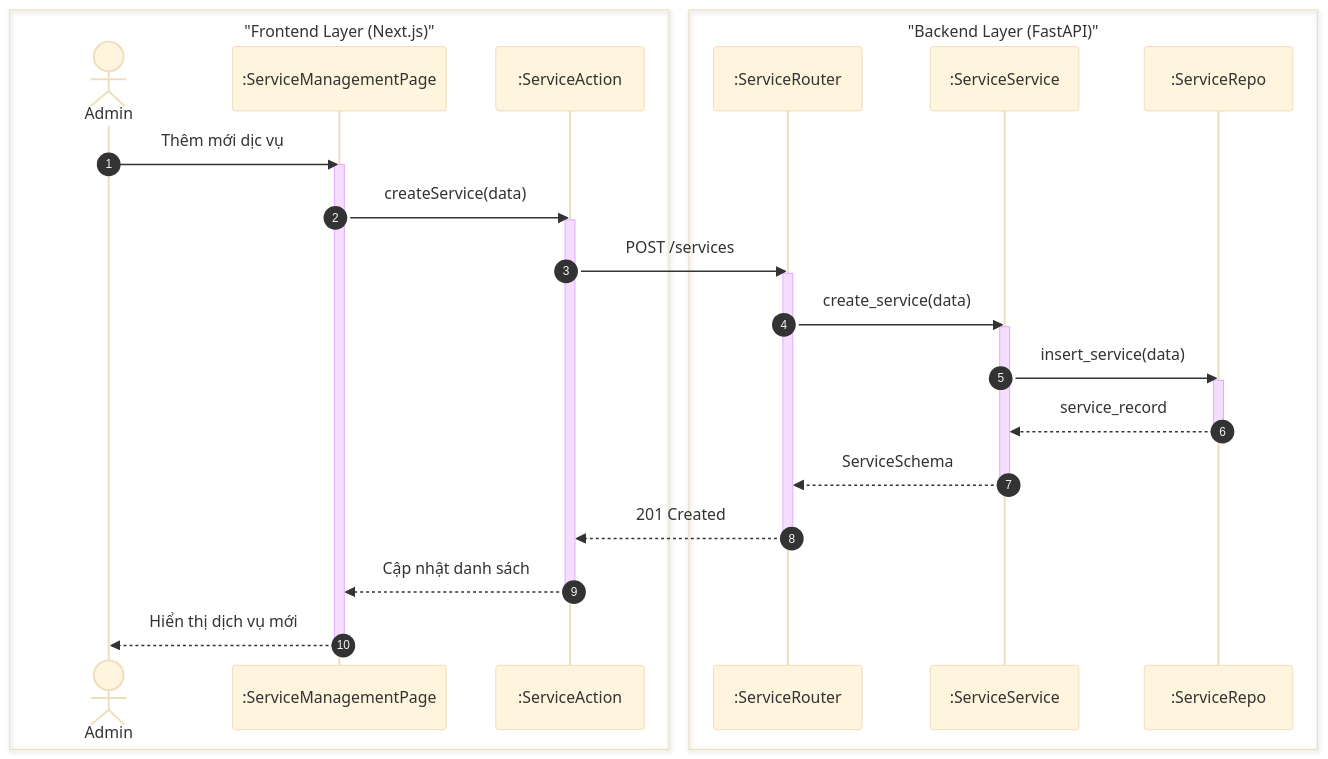
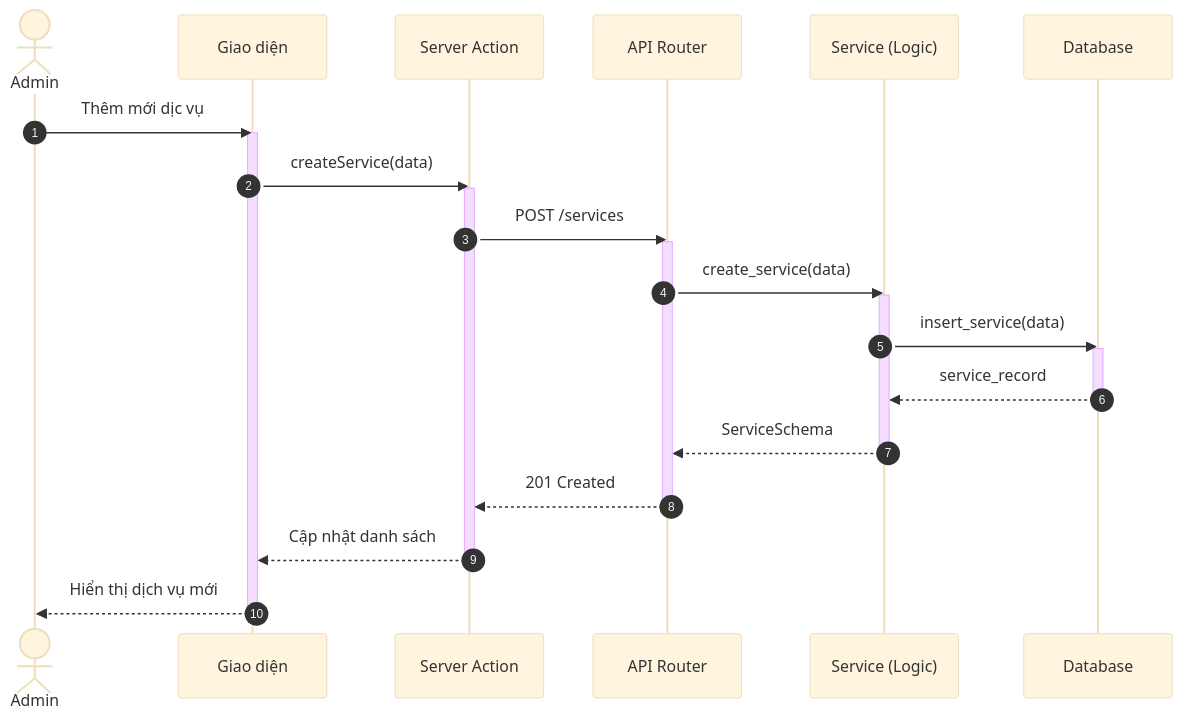
Before and after one commit to ngoctinn/Synapse: the first of 4 diagrams in docs/design/sequences/admin_flows.md, drawn with Mermaid (base theme). The commit also changed other lines of this file and 4 other files, not shown here.

Commit message:
docs: Add initial sequence diagrams for admin, authentication, customer, receptionist, and technician flows.

````diff
--- a/docs/design/sequences/admin_flows.md
+++ b/docs/design/sequences/admin_flows.md
@@ -28,43 +28,38 @@
 ```mermaid
 sequenceDiagram
     autonumber
-    box "Frontend Layer (Next.js)"
-        actor AD as Admin
-        participant UI as :ServiceManagementPage
-        participant BFF as :ServiceAction
-    end
-
-    box "Backend Layer (FastAPI)"
-        participant API as :ServiceRouter
-        participant S as :ServiceService
-        participant DB as :ServiceRepo
-    end
+    actor AD as Admin
+    participant UI as Giao diện
+    participant BFF as Server Action
+    participant API as API Router
+    participant S as Service (Logic)
+    participant DB as Database
 
     AD->>UI: Thêm mới dịc vụ
     activate UI
     UI->>BFF: createService(data)
     activate BFF
 
     BFF->>API: POST /services
     activate API
 
     API->>S: create_service(data)
     activate S
 
     S->>DB: insert_service(data)
     activate DB
     DB-->>S: service_record
     deactivate DB
 
     S-->>API: ServiceSchema
     deactivate S
 
     API-->>BFF: 201 Created
     deactivate API
 
     BFF-->>UI: Cập nhật danh sách
     deactivate BFF
 
     UI-->>AD: Hiển thị dịch vụ mới
     deactivate UI
 ```
````
